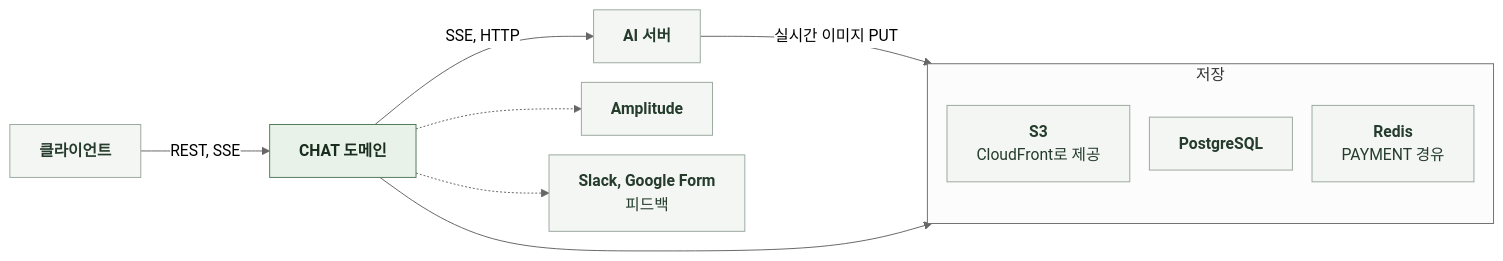
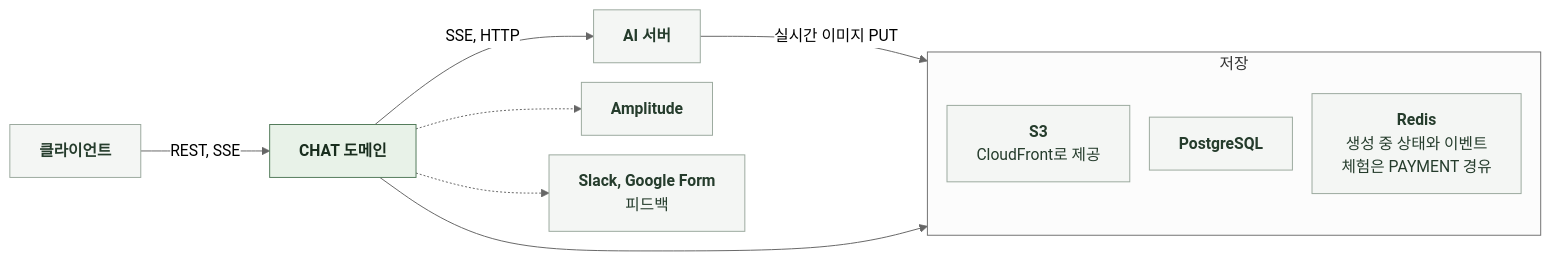
One commit to KIM-N-KANG/knk-harness changed the diagram in docs/domain/CHAT/BACKEND/3-1-SOFTWARE-ARCHITECTURE.md. Above: the diagram before and after it, drawn with Mermaid (neutral theme). The commit also changed other lines of this file and 13 other files, not shown here.

````diff
--- a/docs/domain/CHAT/BACKEND/3-1-SOFTWARE-ARCHITECTURE.md
+++ b/docs/domain/CHAT/BACKEND/3-1-SOFTWARE-ARCHITECTURE.md
@@ -24,23 +24,24 @@
 ```mermaid
 %%{init: {"flowchart": {"curve": "basis", "nodeSpacing": 20, "rankSpacing": 60}}}%%
 flowchart LR
     C["`**클라이언트**`"] -->|REST, SSE| S["`**CHAT 도메인**`"]
     S -->|SSE, HTTP| AI["`**AI 서버**`"]
     AI -->|실시간 이미지 PUT| S3
     S --> ST
     subgraph ST["저장"]
         direction TB
         DB["`**PostgreSQL**`"]
         S3["`**S3**
 CloudFront로 제공`"]
         R["`**Redis**
-PAYMENT 경유`"]
+생성 중 상태와 이벤트
+체험은 PAYMENT 경유`"]
     end
     S -.-> AM["`**Amplitude**`"]
     S -.-> SL["`**Slack, Google Form**
 피드백`"]
     classDef ext fill:#F4F6F4,stroke:#9BA99E,color:#253C2C
     classDef comp fill:#E8F2E8,stroke:#527A59,color:#182D1D
     class C,AI,DB,S3,R,AM,SL ext
     class S comp
 ```
````
